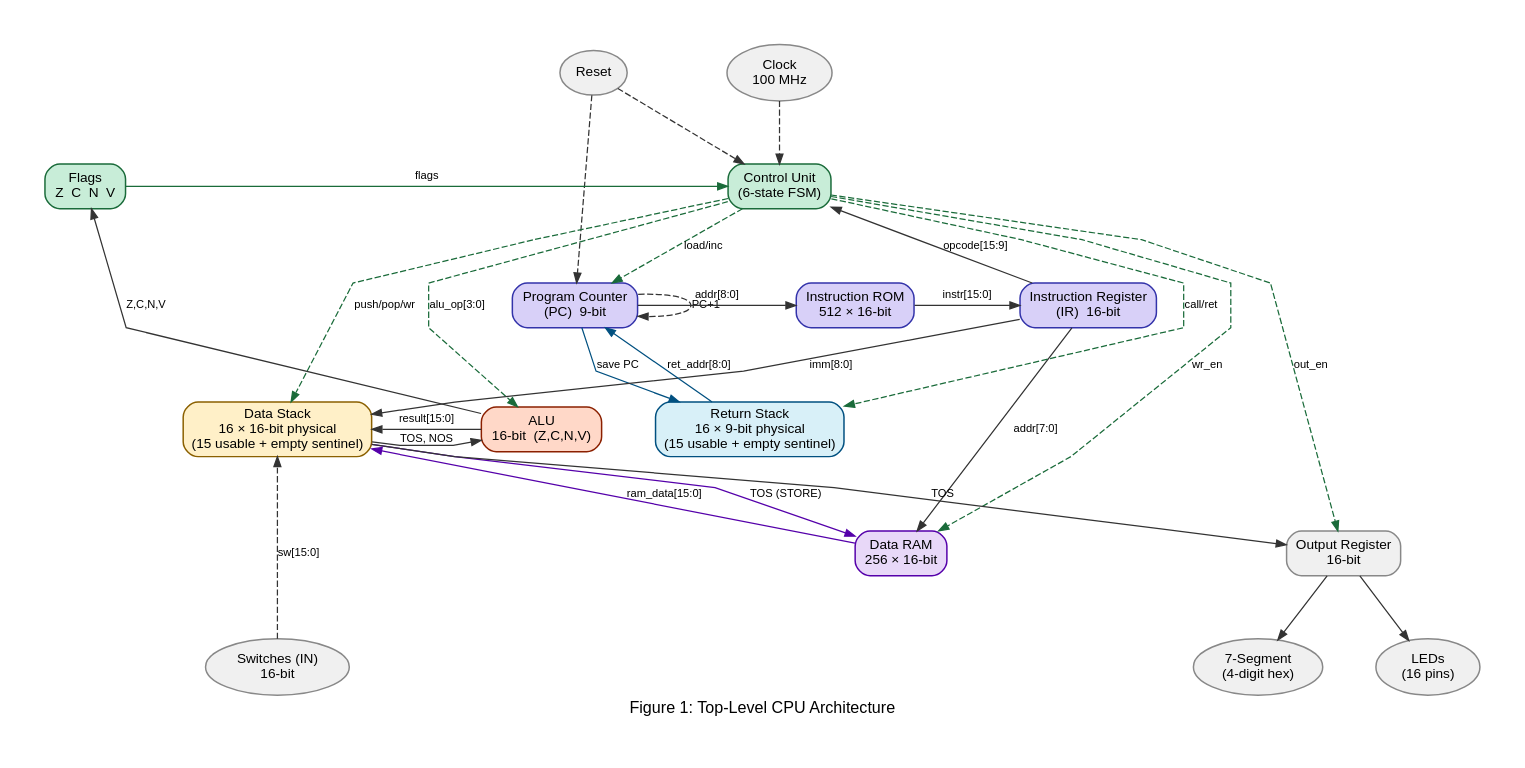
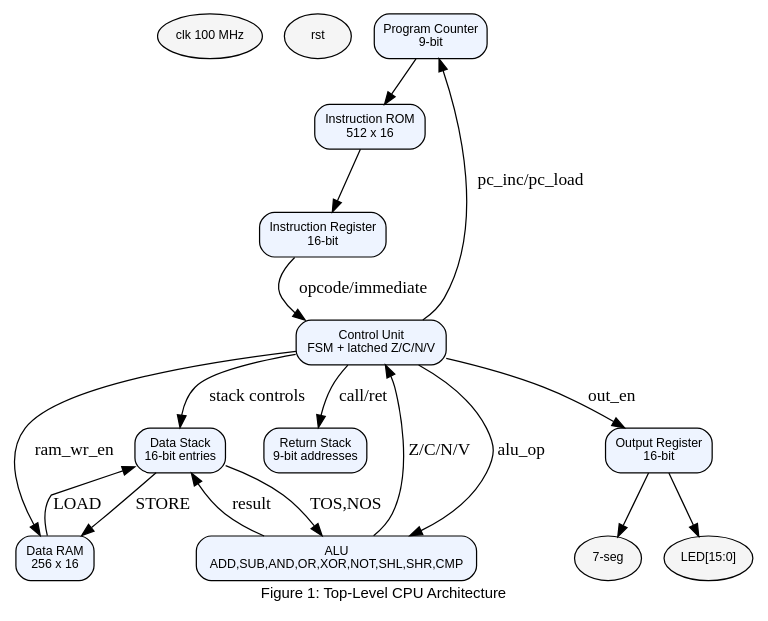
The first of 5 diagrams in report.md (Faruk982/stack_cpu), drawn with Graphviz before and after one commit. The commit also changed other lines of this file and 19 other files, not shown here.

Commit message:
v3.0: - divided all ALU operations into modules, every operation is now done via a module implemented in the project. - added additional flags, comparison logic, and additional instructions.

````diff
--- a/report.md
+++ b/report.md
@@ -43,66 +40,42 @@
 ```graphviz
 digraph top_level {
-    graph [rankdir=TB, label="Figure 1: Top-Level CPU Architecture", labelloc=b,
-           fontname="Arial", fontsize=13, splines=polyline, nodesep=0.6, ranksep=0.7,
-           bgcolor=white, pad=0.4]
-    node  [fontname="Arial", fontsize=11, shape=box, style="filled,rounded",
-           fillcolor="#EEF2FF", color="#3333AA", penwidth=1.2, height=0.5]
-    edge  [fontname="Arial", fontsize=9, color="#333333", arrowsize=0.8]
+    graph [rankdir=TB, label="Figure 1: Top-Level CPU Architecture", labelloc=b, fontname="Arial", fontsize=12]
+    node  [shape=box, style="filled,rounded", fontname="Arial", fontsize=10, fillcolor="#eef4ff"]
 
-    CLK   [label="Clock\n100 MHz", shape=ellipse, fillcolor="#F0F0F0", color="#888888"]
-    RST   [label="Reset", shape=ellipse, fillcolor="#F0F0F0", color="#888888"]
-    PC    [label="Program Counter\n(PC)  9-bit", fillcolor="#D8D0F8"]
-    ROM   [label="Instruction ROM\n512 × 16-bit", fillcolor="#D8D0F8"]
-    IR    [label="Instruction Register\n(IR)  16-bit", fillcolor="#D8D0F8"]
-    CU    [label="Control Unit\n(6-state FSM)", fillcolor="#C8EDD8", color="#1a6b3a"]
-    FLAGS [label="Flags\nZ  C  N  V", fillcolor="#C8EDD8", color="#1a6b3a"]
-    STACK [label="Data Stack\n16 × 16-bit physical\n(15 usable + empty sentinel)", fillcolor="#FFF0C8", color="#8B6000"]
-    ALU   [label="ALU\n16-bit  (Z,C,N,V)", fillcolor="#FFD8C8", color="#8B2000"]
-    RSTK  [label="Return Stack\n16 × 9-bit physical\n(15 usable + empty sentinel)", fillcolor="#D8F0F8", color="#005080"]
-    DRAM  [label="Data RAM\n256 × 16-bit", fillcolor="#E8D8F8", color="#5500AA"]
-    OUTREG[label="Output Register\n16-bit", fillcolor="#F0F0F0", color="#888888"]
-    LEDS  [label="LEDs\n(16 pins)", shape=ellipse, fillcolor="#F0F0F0", color="#888888"]
-    SEG   [label="7-Segment\n(4-digit hex)", shape=ellipse, fillcolor="#F0F0F0", color="#888888"]
-    SW    [label="Switches (IN)\n16-bit", shape=ellipse, fillcolor="#F0F0F0", color="#888888"]
+    CLK [label="clk 100 MHz", shape=ellipse, fillcolor="#f5f5f5"]
+    RST [label="rst", shape=ellipse, fillcolor="#f5f5f5"]
 
-    CLK -> CU [style=dashed]
-    RST -> CU [style=dashed]
-    RST -> PC [style=dashed]
+    PC   [label="Program Counter\n9-bit"]
+    ROM  [label="Instruction ROM\n512 x 16"]
+    IR   [label="Instruction Register\n16-bit"]
+    CU   [label="Control Unit\nFSM + latched Z/C/N/V"]
+    STK  [label="Data Stack\n16-bit entries"]
+    ALU  [label="ALU\nADD,SUB,AND,OR,XOR,NOT,SHL,SHR,CMP"]
+    RSTK [label="Return Stack\n9-bit addresses"]
+    RAM  [label="Data RAM\n256 x 16"]
+    OUT  [label="Output Register\n16-bit"]
+    LED  [label="LED[15:0]", shape=ellipse, fillcolor="#f5f5f5"]
+    SEG  [label="7-seg", shape=ellipse, fillcolor="#f5f5f5"]
 
-    PC   -> ROM   [label="addr[8:0]"]
-    ROM  -> IR    [label="instr[15:0]"]
-    IR   -> CU    [label="opcode[15:9]"]
-    PC   -> PC    [label="PC+1", style=dashed, constraint=false]
+    PC -> ROM
+    ROM -> IR
+    IR -> CU [label="opcode/immediate"]
 
-    CU   -> PC    [label="load/inc", style=dashed, color="#1a6b3a"]
-    CU   -> STACK [label="push/pop/wr", style=dashed, color="#1a6b3a"]
-    CU   -> ALU   [label="alu_op[3:0]", style=dashed, color="#1a6b3a"]
-    CU   -> OUTREG[label="out_en", style=dashed, color="#1a6b3a"]
-    CU   -> RSTK  [label="call/ret", style=dashed, color="#1a6b3a"]
-    CU   -> DRAM  [label="wr_en", style=dashed, color="#1a6b3a"]
+    CU -> PC   [label="pc_inc/pc_load"]
+    CU -> STK  [label="stack controls"]
+    CU -> ALU  [label="alu_op"]
+    CU -> RSTK [label="call/ret"]
+    CU -> RAM  [label="ram_wr_en"]
+    CU -> OUT  [label="out_en"]
 
-    STACK -> ALU   [label="TOS, NOS"]
-    ALU   -> STACK [label="result[15:0]"]
-    ALU   -> FLAGS [label="Z,C,N,V"]
-    FLAGS -> CU    [label="flags", color="#1a6b3a"]
-    IR    -> STACK [label="imm[8:0]"]
-    IR    -> DRAM  [label="addr[7:0]"]
+    STK -> ALU [label="TOS,NOS"]
+    ALU -> STK [label="result"]
+    ALU -> CU  [label="Z/C/N/V"]
 
-    RSTK  -> PC    [label="ret_addr[8:0]", color="#005080"]
-    PC    -> RSTK  [label="save PC", color="#005080"]
-    DRAM  -> STACK [label="ram_data[15:0]", color="#5500AA"]
-    STACK -> DRAM  [label="TOS (STORE)", color="#5500AA"]
+    STK -> RAM [label="STORE"]
+    RAM -> STK [label="LOAD"]
 
-    STACK  -> OUTREG [label="TOS"]
-    OUTREG -> LEDS
-    OUTREG -> SEG
-    SW     -> STACK  [label="sw[15:0]", style=dashed]
-
-    { rank=source; CLK; RST }
-    { rank=same;   PC; ROM; IR }
-    { rank=same;   CU; FLAGS }
-    { rank=same;   STACK; ALU; RSTK }
-    { rank=same;   DRAM; OUTREG }
-    { rank=sink;   LEDS; SEG; SW }
+    OUT -> LED
+    OUT -> SEG
 }
 ```
````
